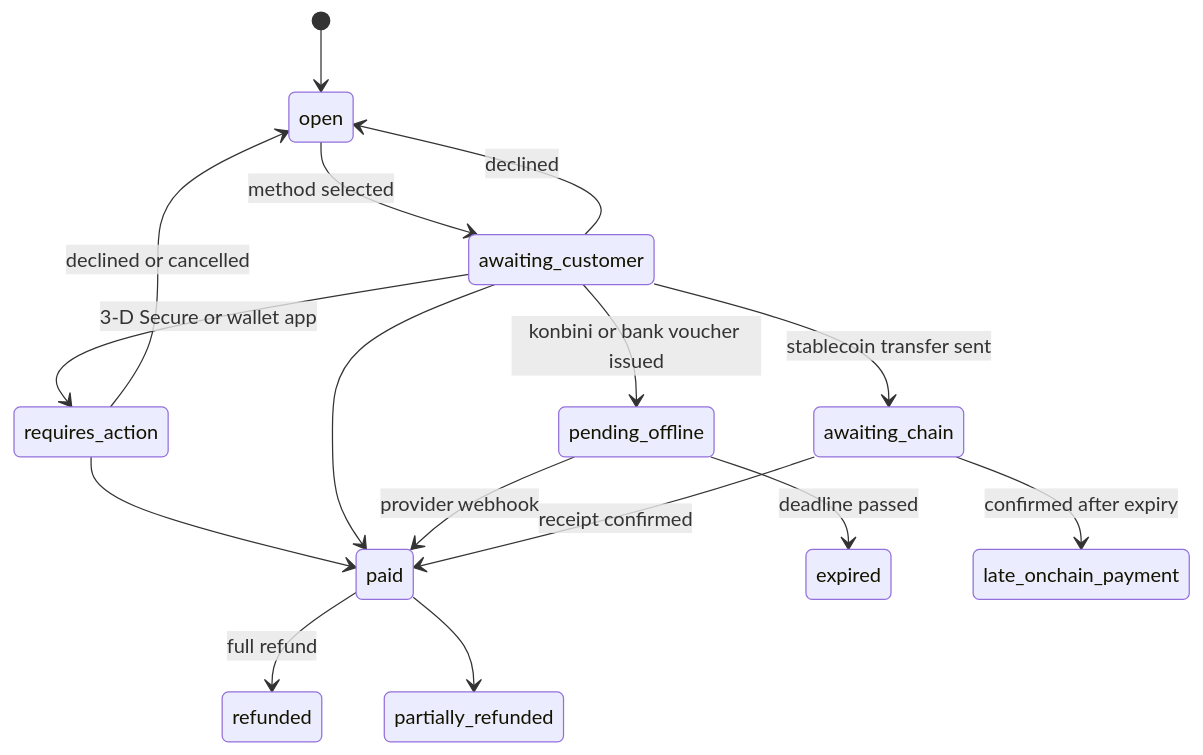
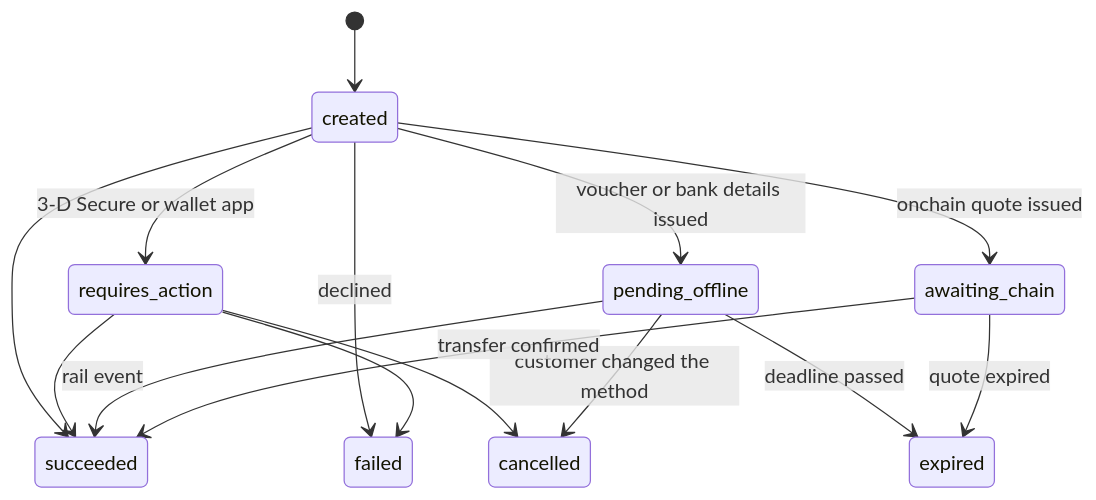
The third of 4 diagrams in docs/refactor-250-seams-checkout.md (seams-tech/seams-wallet), drawn with Mermaid before and after one commit. The commit also changed other lines of this file and 1 other file, not shown here.

First line of the commit message:
Plan: apply the architecture review to Refactors 250 and 251

````diff
--- a/docs/refactor-250-seams-checkout.md
+++ b/docs/refactor-250-seams-checkout.md
@@ -404,18 +533,17 @@
 ```mermaid
 stateDiagram-v2
-    [*] --> open
-    open --> awaiting_customer: method selected
-    awaiting_customer --> requires_action: 3-D Secure or wallet app
-    awaiting_customer --> pending_offline: konbini or bank voucher issued
-    awaiting_customer --> awaiting_chain: stablecoin transfer sent
-    requires_action --> paid
-    awaiting_customer --> paid
-    pending_offline --> paid: provider webhook
+    [*] --> created
+    created --> requires_action: 3-D Secure or wallet app
+    created --> pending_offline: voucher or bank details issued
+    created --> awaiting_chain: onchain quote issued
+    created --> succeeded
+    created --> failed: declined
+    requires_action --> succeeded
+    requires_action --> failed
+    requires_action --> cancelled
+    pending_offline --> succeeded: rail event
+    pending_offline --> cancelled: customer changed the method
     pending_offline --> expired: deadline passed
-    awaiting_chain --> paid: receipt confirmed
-    awaiting_chain --> late_onchain_payment: confirmed after expiry
-    requires_action --> open: declined or cancelled
-    awaiting_customer --> open: declined
-    paid --> refunded: full refund
-    paid --> partially_refunded
+    awaiting_chain --> succeeded: transfer confirmed
+    awaiting_chain --> expired: quote expired
 ```
````
